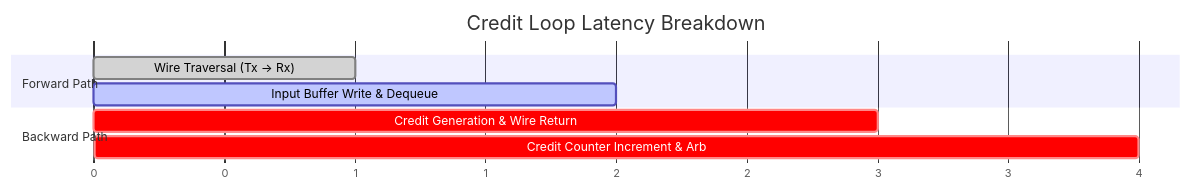
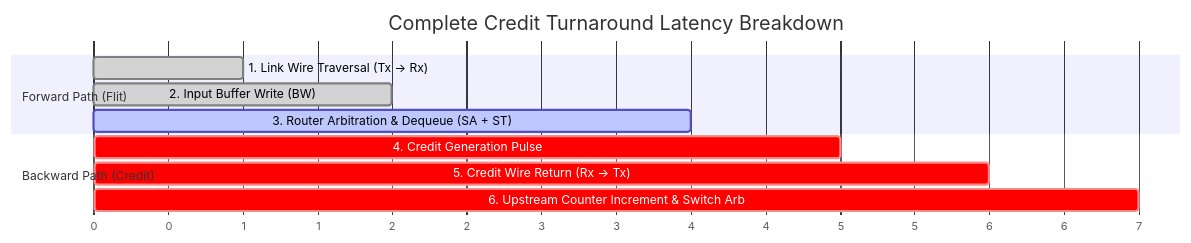
Before and after one commit to network-on-chip/learning: the second of 3 diagrams in docs/track1-fundamentals/03-flow-control-credit.md, drawn with Mermaid. The commit also changed other lines of this file and 7 other files, not shown here.

Commit message:
Upgrade Track 1: Interconnect Fundamentals with 4 interactive tools, rigorous physics models, and Network Interface (NI) architecture

````diff
--- a/docs/track1-fundamentals/03-flow-control-credit.md
+++ b/docs/track1-fundamentals/03-flow-control-credit.md
@@ -42,13 +56,15 @@
 ```mermaid
 gantt
-  title Credit Loop Latency Breakdown
+  title Complete Credit Turnaround Latency Breakdown
   dateFormat X
   axisFormat %s
 
-  section Forward Path
-  Wire Traversal (Tx → Rx)       :done, 0, 1
-  Input Buffer Write & Dequeue   :active, 1, 2
-  section Backward Path
-  Credit Generation & Wire Return:crit, 2, 3
-  Credit Counter Increment & Arb :crit, 3, 4
+  section Forward Path (Flit)
+  1. Link Wire Traversal (Tx → Rx)          :done, 0, 1
+  2. Input Buffer Write (BW)                 :done, 1, 2
+  3. Router Arbitration & Dequeue (SA + ST)  :active, 2, 4
+  section Backward Path (Credit)
+  4. Credit Generation Pulse                 :crit, 4, 5
+  5. Credit Wire Return (Rx → Tx)            :crit, 5, 6
+  6. Upstream Counter Increment & Switch Arb :crit, 6, 7
 ```
````
